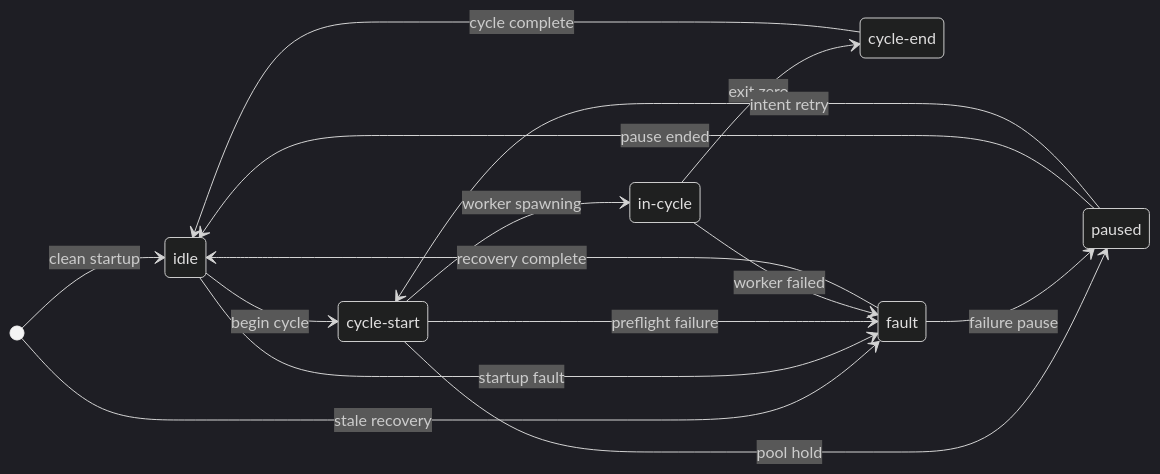
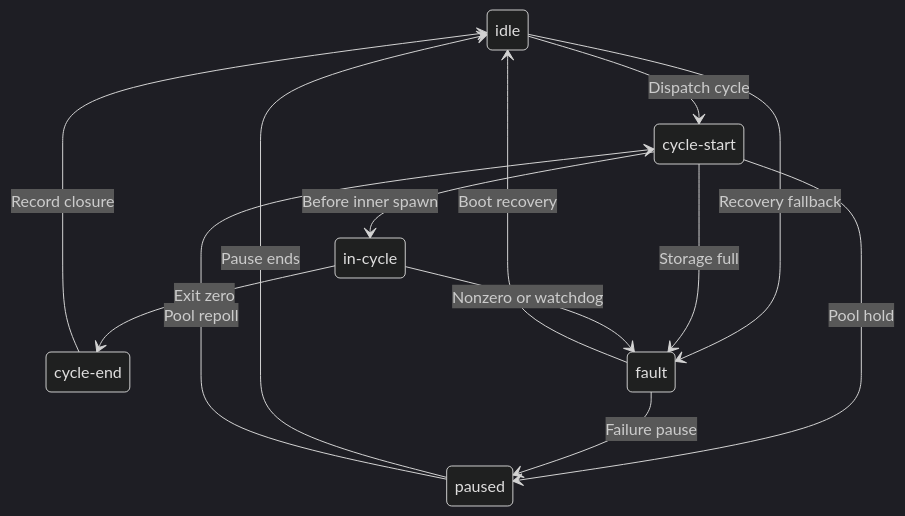
The first of 2 diagrams in docs/design/04-lifecycle-state.md (alissonsol/yuruna), drawn with Mermaid (dark theme) before and after one commit. The commit also changed other lines of this file and 901 other files, not shown here.

````diff
--- a/docs/design/04-lifecycle-state.md
+++ b/docs/design/04-lifecycle-state.md
@@ -7,26 +9,21 @@
 ```mermaid
 stateDiagram-v2
-  direction LR
-
-  state "idle" as idle
-  state "cycle-start" as cycle_start
-  state "in-cycle" as in_cycle
-  state "cycle-end" as cycle_end
-  state "fault" as fault
-  state "paused" as paused
-
-  [*] --> idle: clean startup
-  [*] --> fault: stale recovery
-  idle --> cycle_start: begin cycle
-  idle --> fault: startup fault
-  cycle_start --> in_cycle: worker spawning
-  cycle_start --> paused: pool hold
-  cycle_start --> fault: preflight failure
-  in_cycle --> cycle_end: exit zero
-  in_cycle --> fault: worker failed
-  cycle_end --> idle: cycle complete
-  fault --> paused: failure pause
-  fault --> idle: recovery complete
-  paused --> idle: pause ended
-  paused --> cycle_start: intent retry
+    state "idle" as idle
+    state "cycle-start" as cycle_start
+    state "in-cycle" as in_cycle
+    state "cycle-end" as cycle_end
+    state "fault" as fault
+    state "paused" as paused
+    idle --> cycle_start: Dispatch cycle
+    idle --> fault: Recovery fallback
+    cycle_start --> in_cycle: Before inner spawn
+    cycle_start --> fault: Storage full
+    cycle_start --> paused: Pool hold
+    in_cycle --> cycle_end: Exit zero
+    in_cycle --> fault: Nonzero or watchdog
+    cycle_end --> idle: Record closure
+    fault --> paused: Failure pause
+    fault --> idle: Boot recovery
+    paused --> idle: Pause ends
+    paused --> cycle_start: Pool repoll
 ```
````
